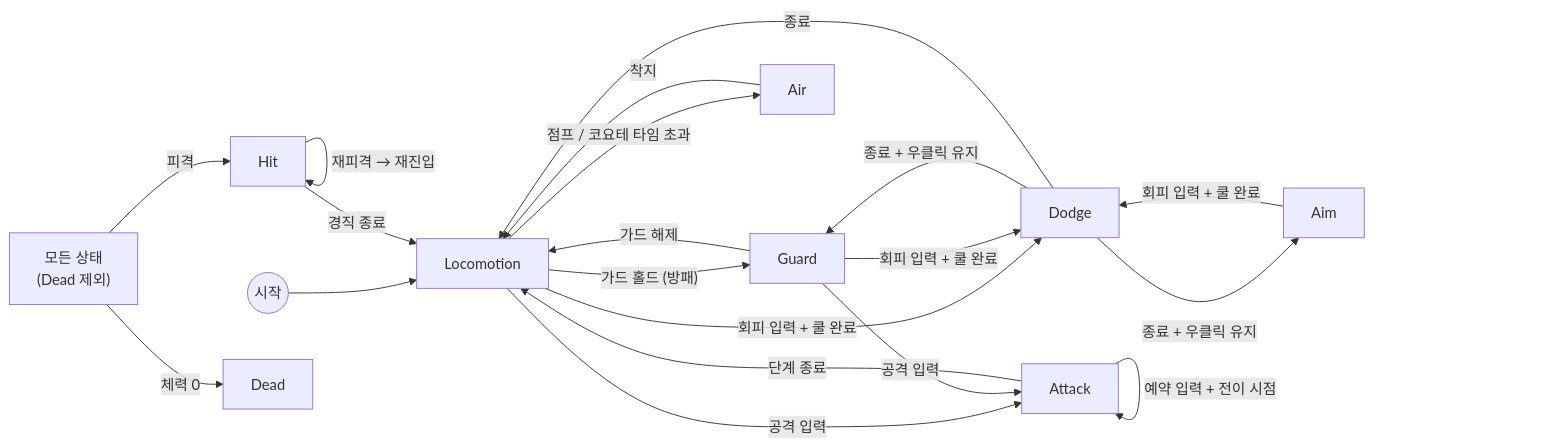
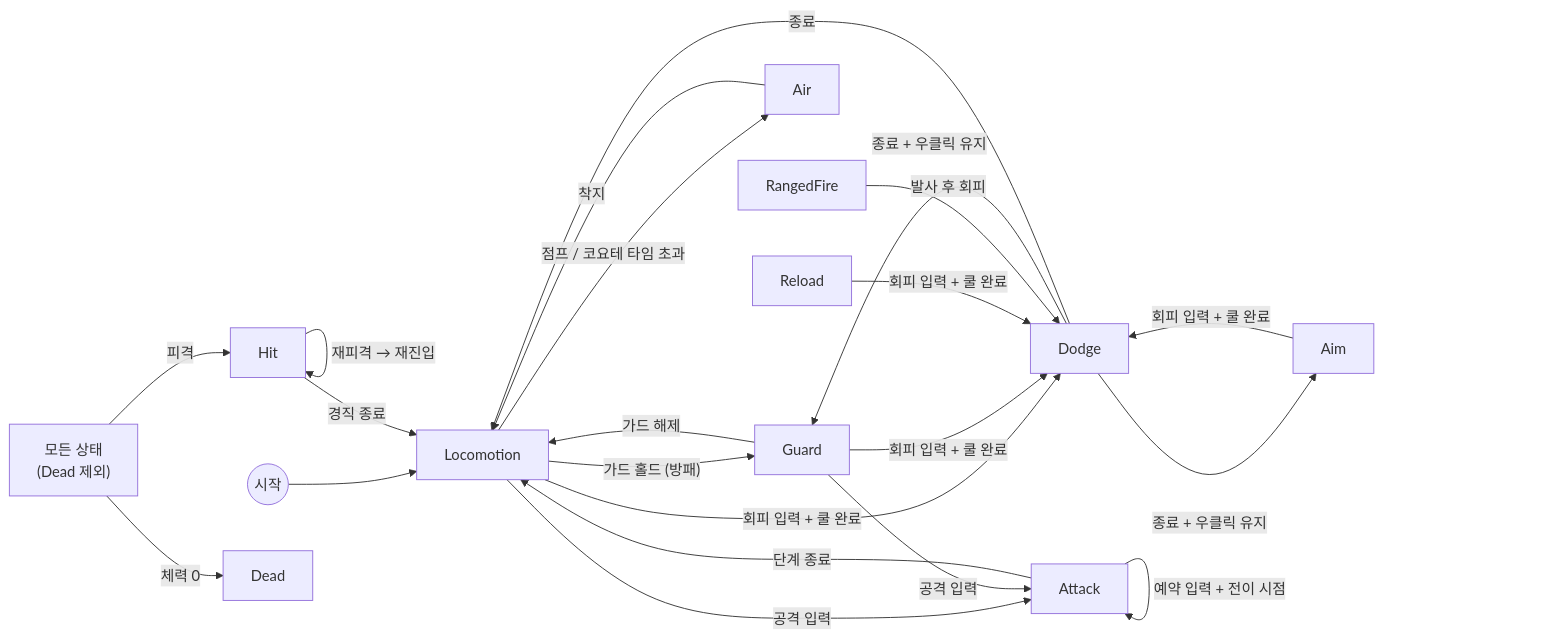
One commit to dbzltldpf/project-fantasy changed the diagram in Docs/Features/Player.md. Above: the diagram before and after it, drawn with Mermaid. The commit also changed other lines of this file and 9 other files, not shown here.

Commit message:
docs: 빌드 전 다듬기 문서 갱신 (Settings·UI·Dev·Flow·RangedCombat·Player·Combat·Weapon·인스펙터 가이드·README)

````diff
--- a/Docs/Features/Player.md
+++ b/Docs/Features/Player.md
@@ -35,22 +37,24 @@
 ```mermaid
 flowchart LR
     Start((시작)) --> Locomotion
     Locomotion -->|"공격 입력"| Attack
     Attack -->|"예약 입력 + 전이 시점"| Attack
     Attack -->|"단계 종료"| Locomotion
     Locomotion -->|"가드 홀드 (방패)"| Guard
     Guard -->|"공격 입력"| Attack
     Guard -->|"가드 해제"| Locomotion
     Locomotion -->|"점프 / 코요테 타임 초과"| Air
     Air -->|"착지"| Locomotion
     Locomotion -->|"회피 입력 + 쿨 완료"| Dodge
     Guard -->|"회피 입력 + 쿨 완료"| Dodge
     Aim -->|"회피 입력 + 쿨 완료"| Dodge
+    Reload -->|"회피 입력 + 쿨 완료"| Dodge
+    RangedFire -->|"발사 후 회피"| Dodge
     Dodge -->|"종료 + 우클릭 유지"| Guard
     Dodge -->|"종료 + 우클릭 유지"| Aim
     Dodge -->|"종료"| Locomotion
     Any["모든 상태<br/>(Dead 제외)"] -->|"피격"| Hit
     Hit -->|"재피격 → 재진입"| Hit
     Hit -->|"경직 종료"| Locomotion
     Any -->|"체력 0"| Dead
 ```
````
